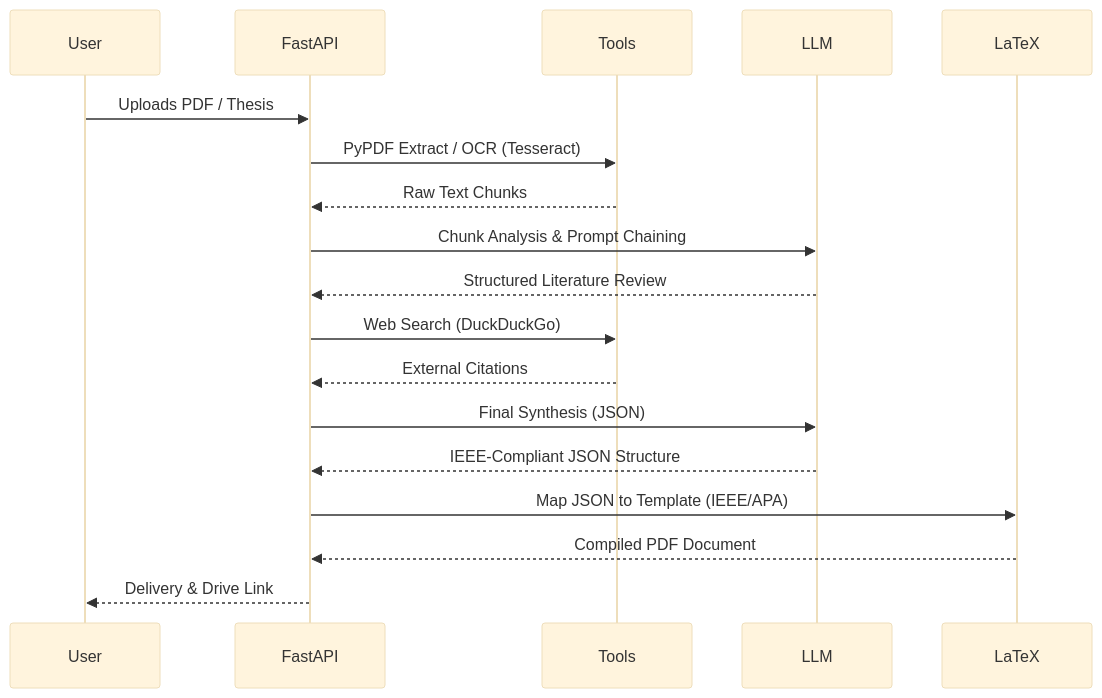
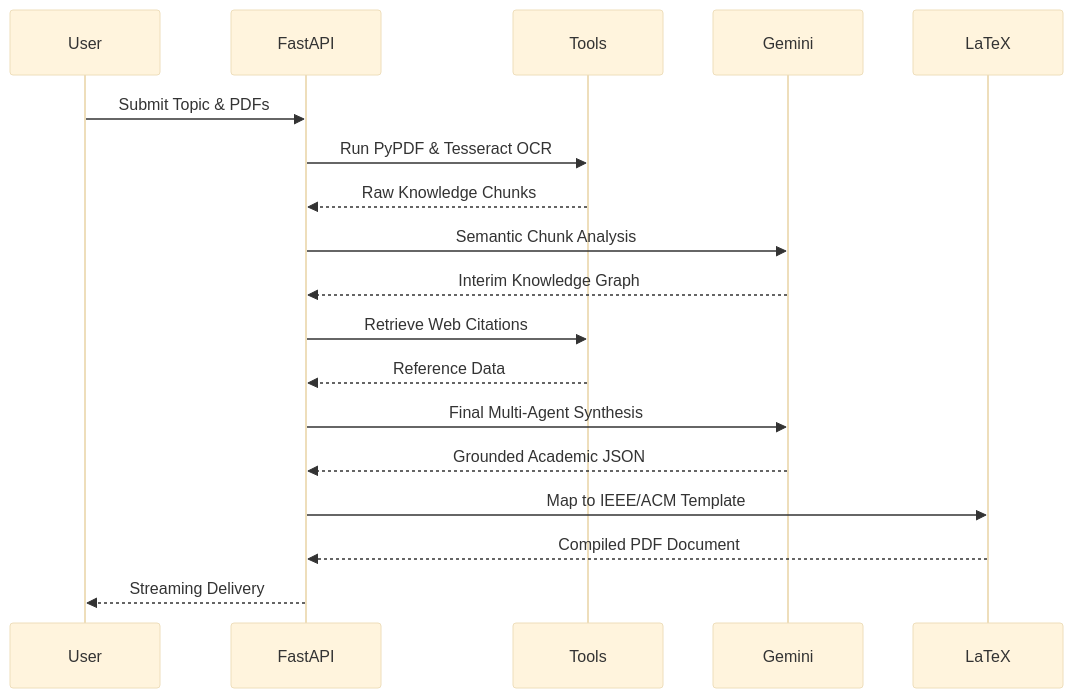
The second of 4 diagrams in README.md (virubot/Autonomous-Research-Agent), drawn with Mermaid (base theme) before and after one commit. The commit also changed other lines of this file, not shown here.

````diff
--- a/README.md
+++ b/README.md
@@ -147,21 +112,21 @@
 ```mermaid
 sequenceDiagram
     participant User
     participant FastAPI
     participant Tools
-    participant LLM
+    participant Gemini
     participant LaTeX
     
-    User->>FastAPI: Uploads PDF / Thesis
-    FastAPI->>Tools: PyPDF Extract / OCR (Tesseract)
-    Tools-->>FastAPI: Raw Text Chunks
-    FastAPI->>LLM: Chunk Analysis & Prompt Chaining
-    LLM-->>FastAPI: Structured Literature Review
-    FastAPI->>Tools: Web Search (DuckDuckGo)
-    Tools-->>FastAPI: External Citations
-    FastAPI->>LLM: Final Synthesis (JSON)
-    LLM-->>FastAPI: IEEE-Compliant JSON Structure
-    FastAPI->>LaTeX: Map JSON to Template (IEEE/APA)
+    User->>FastAPI: Submit Topic & PDFs
+    FastAPI->>Tools: Run PyPDF & Tesseract OCR
+    Tools-->>FastAPI: Raw Knowledge Chunks
+    FastAPI->>Gemini: Semantic Chunk Analysis
+    Gemini-->>FastAPI: Interim Knowledge Graph
+    FastAPI->>Tools: Retrieve Web Citations
+    Tools-->>FastAPI: Reference Data
+    FastAPI->>Gemini: Final Multi-Agent Synthesis
+    Gemini-->>FastAPI: Grounded Academic JSON
+    FastAPI->>LaTeX: Map to IEEE/ACM Template
     LaTeX-->>FastAPI: Compiled PDF Document
-    FastAPI-->>User: Delivery & Drive Link
+    FastAPI-->>User: Streaming Delivery
 ```
````
